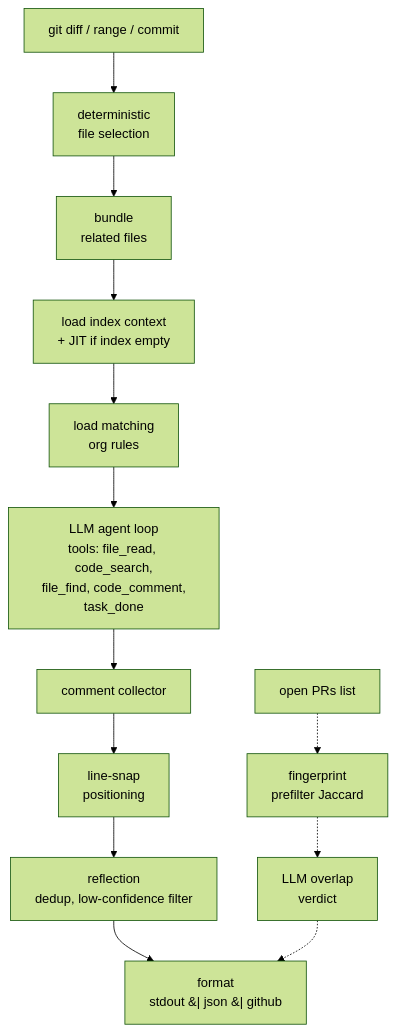
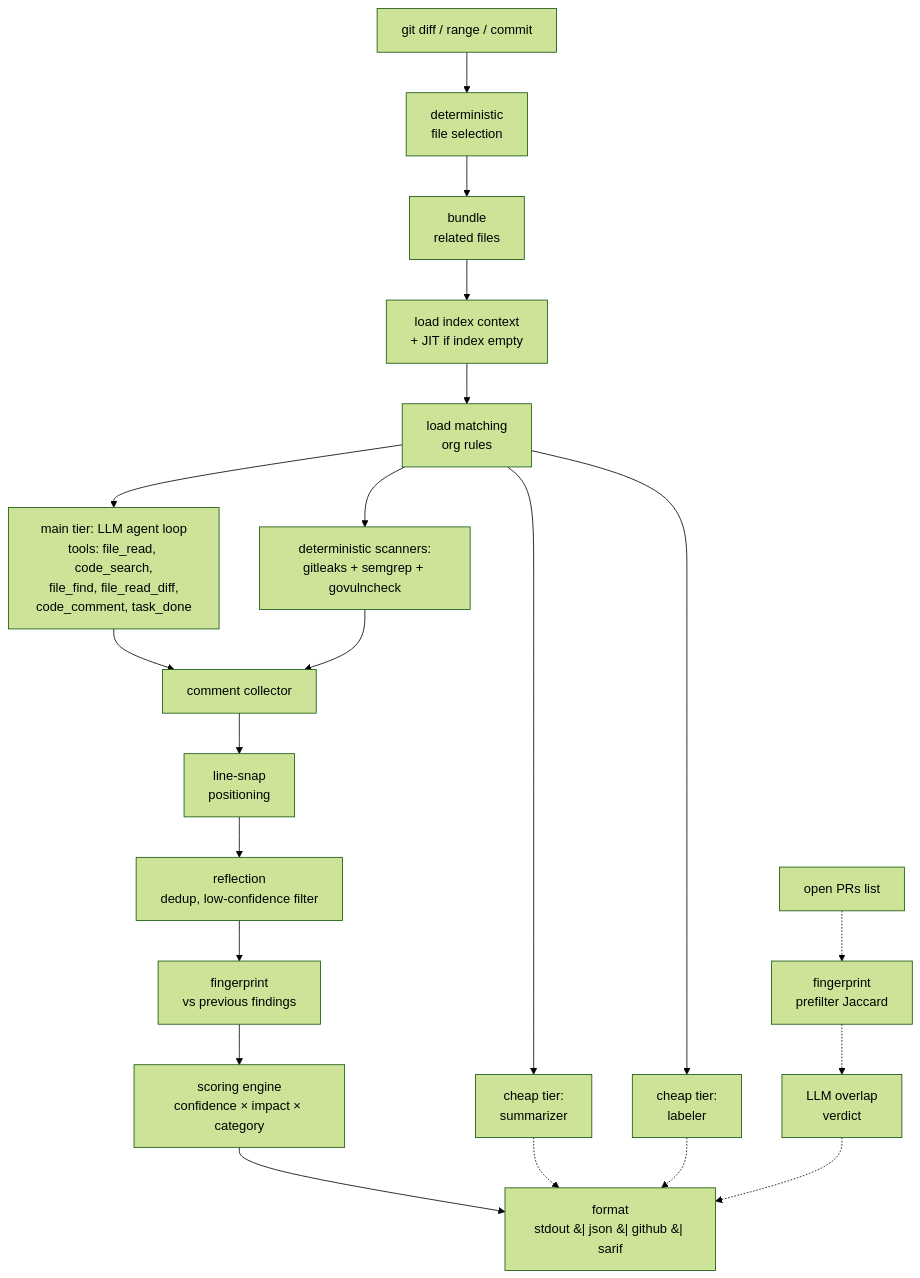
The diagram in docs/ARCHITECTURE.md (shubam-disseqt/shubam-ai-code-reviewer), drawn with Mermaid (forest theme) before and after one commit. The commit also changed other lines of this file and 2 other files, not shown here.

First line of the commit message:
docs: add Phase 12-17 to ROADMAP and ARCHITECTURE

````diff
--- a/docs/ARCHITECTURE.md
+++ b/docs/ARCHITECTURE.md
@@ -34,16 +34,26 @@
 ```mermaid
 flowchart TD
     A[git diff / range / commit] --> B[deterministic<br/>file selection]
     B --> C[bundle<br/>related files]
     C --> D[load index context<br/>+ JIT if index empty]
     D --> E[load matching<br/>org rules]
-    E --> F[LLM agent loop<br/>tools: file_read, code_search,<br/>file_find, code_comment,<br/>task_done]
+
+    E --> S1[cheap tier:<br/>summarizer]
+    E --> S2[cheap tier:<br/>labeler]
+    E --> S3[deterministic scanners:<br/>gitleaks + semgrep + govulncheck]
+    E --> F[main tier: LLM agent loop<br/>tools: file_read, code_search,<br/>file_find, file_read_diff,<br/>code_comment, task_done]
+
     F --> G[comment collector]
+    S3 --> G
     G --> H[line-snap<br/>positioning]
     H --> I[reflection<br/>dedup, low-confidence filter]
-    I --> J[format<br/>stdout &#124; json &#124; github]
+    I --> P[fingerprint<br/>vs previous findings]
+    P --> Q[scoring engine<br/>confidence × impact × category]
+    Q --> J[format<br/>stdout &#124; json &#124; github &#124; sarif]
+    S1 -.-> J
+    S2 -.-> J
 
     K[open PRs list] -.-> L[fingerprint<br/>prefilter Jaccard]
     L -.-> M[LLM overlap<br/>verdict]
     M -.-> J
 ```
````
